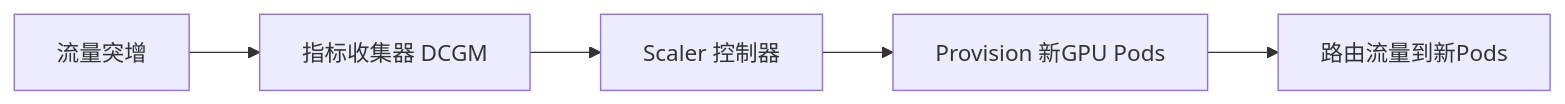
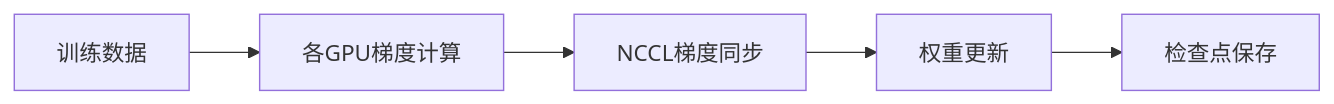
The second of 2 diagrams in chinese/days-31-60/day-058-ai-infra系统设计训练题.md (leafsax/ai-infra-training-180days), drawn with Mermaid before and after one commit. The commit also changed other lines of this file and 1 other file, not shown here.

Commit message:
fix: correct component and data flow diagrams for Day 58 to match their respective topics (A/B Testing & Canary Deployments for English, Distributed Training for Chinese)

````diff
--- a/chinese/days-31-60/day-058-ai-infra系统设计训练题.md
+++ b/chinese/days-31-60/day-058-ai-infra系统设计训练题.md
@@ -54,7 +54,7 @@
   ```mermaid
   flowchart LR
-      A[流量突增] --> B[指标收集器 DCGM]
-      B --> C[Scaler 控制器]
-      C --> D[ Provision 新GPU Pods]
-      D --> E[路由流量到新Pods]
+      A[训练数据] --> B[各GPU梯度计算]
+      B --> C[NCCL梯度同步]
+      C --> D[权重更新]
+      D --> E[检查点保存]
   ```
````
